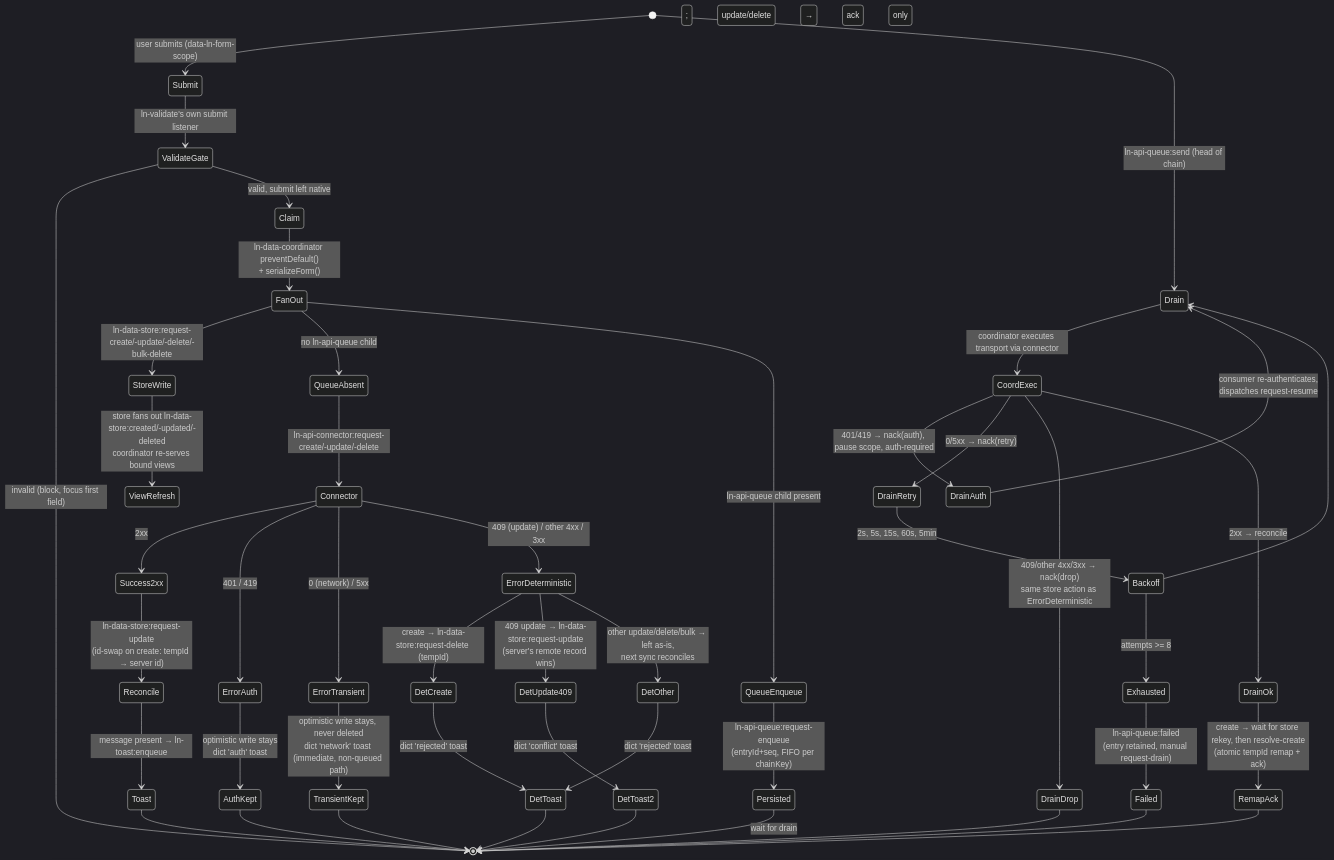
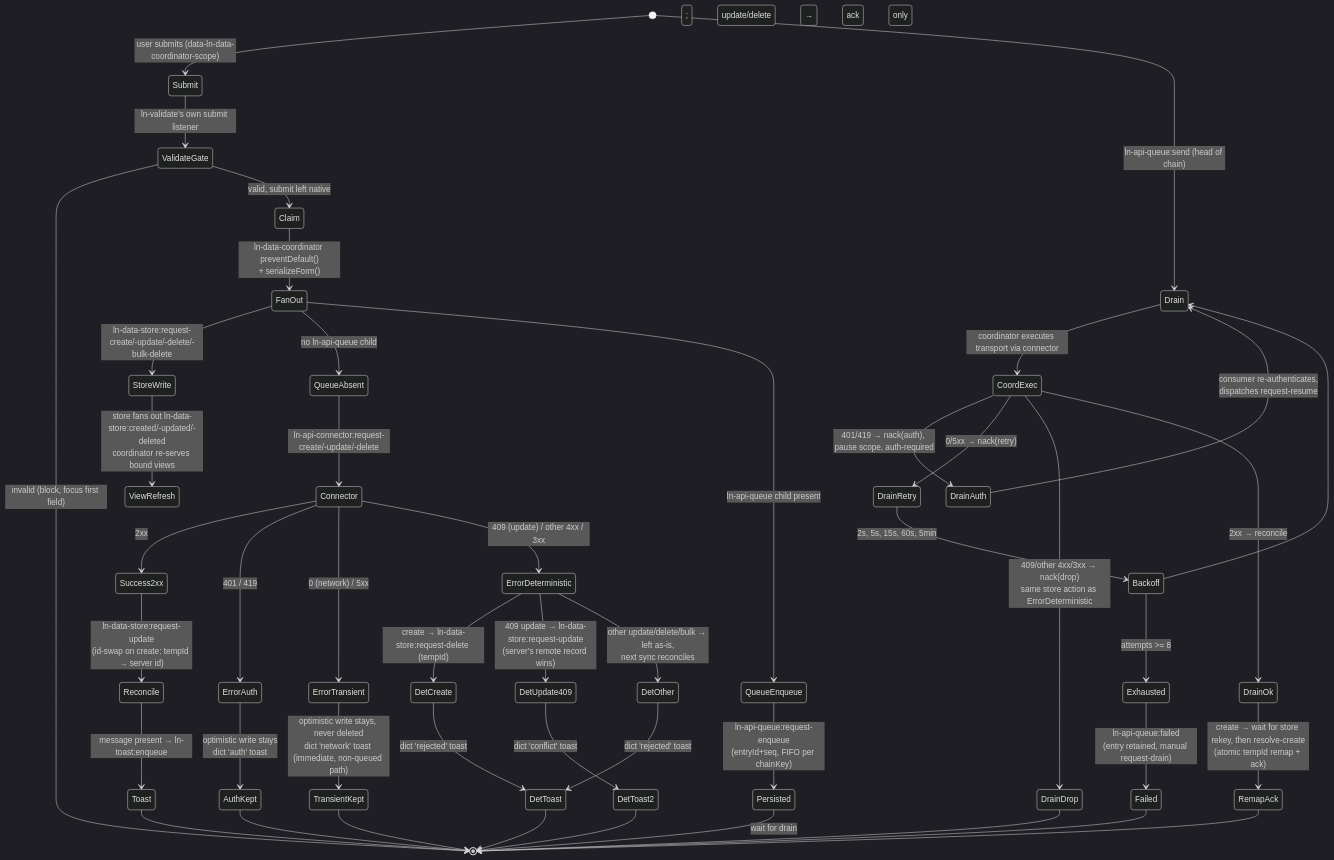
One commit to livenetworks/ln-ashlar changed the diagram in docs/architecture/data-flow.md. Above: the diagram before and after it, drawn with Mermaid (dark theme). The commit also changed other lines of this file and 158 other files, not shown here.

````diff
--- a/docs/architecture/data-flow.md
+++ b/docs/architecture/data-flow.md
@@ -166,61 +166,61 @@
 ```mermaid
 stateDiagram-v2
-    [*] --> Submit: user submits (data-ln-form-scope)
+    [*] --> Submit: user submits (data-ln-data-coordinator-scope)
     Submit --> ValidateGate: ln-validate's own submit listener
     ValidateGate --> [*]: invalid (block, focus first field)
     ValidateGate --> Claim: valid, submit left native
 
     Claim --> FanOut: ln-data-coordinator preventDefault()<br/>+ serializeForm()
     FanOut --> StoreWrite: ln-data-store:request-create/-update/-delete/-bulk-delete
     StoreWrite --> ViewRefresh: store fans out ln-data-store:created/-updated/-deleted<br/>coordinator re-serves bound views
 
     FanOut --> QueueAbsent: no ln-api-queue child
     FanOut --> QueueEnqueue: ln-api-queue child present
 
     QueueAbsent --> Connector: ln-api-connector:request-create/-update/-delete
     Connector --> Success2xx: 2xx
     Connector --> ErrorAuth: 401 / 419
     Connector --> ErrorTransient: 0 (network) / 5xx
     Connector --> ErrorDeterministic: 409 (update) / other 4xx / 3xx
 
     Success2xx --> Reconcile: ln-data-store:request-update<br/>(id-swap on create: tempId → server id)
     Reconcile --> Toast: message present → ln-toast:enqueue
     Toast --> [*]
 
     ErrorAuth --> AuthKept: optimistic write stays<br/>dict 'auth' toast
     AuthKept --> [*]
 
     ErrorTransient --> TransientKept: optimistic write stays, never deleted<br/>dict 'network' toast (immediate, non-queued path)
     TransientKept --> [*]
 
     ErrorDeterministic --> DetCreate: create → ln-data-store:request-delete (tempId)
     ErrorDeterministic --> DetUpdate409: 409 update → ln-data-store:request-update<br/>(server's remote record wins)
     ErrorDeterministic --> DetOther: other update/delete/bulk → left as-is,<br/>next sync reconciles
     DetCreate --> DetToast: dict 'rejected' toast
     DetUpdate409 --> DetToast2: dict 'conflict' toast
     DetOther --> DetToast: dict 'rejected' toast
     DetToast --> [*]
     DetToast2 --> [*]
 
     QueueEnqueue --> Persisted: ln-api-queue:request-enqueue<br/>(entryId+seq, FIFO per chainKey)
     Persisted --> [*]: wait for drain
 
     [*] --> Drain: ln-api-queue:send (head of chain)
     Drain --> CoordExec: coordinator executes transport via connector
     CoordExec --> DrainAuth: 401/419 → nack(auth), pause scope, auth-required
     CoordExec --> DrainRetry: 0/5xx → nack(retry)
     CoordExec --> DrainDrop: 409/other 4xx/3xx → nack(drop)<br/>same store action as ErrorDeterministic
     CoordExec --> DrainOk: 2xx → reconcile
 
     DrainOk --> RemapAck: create → wait for store rekey, then resolve-create<br/>(atomic tempId remap + ack); update/delete → ack only
     RemapAck --> [*]
 
     DrainAuth --> Drain: consumer re-authenticates,<br/>dispatches request-resume
     DrainRetry --> Backoff: 2s, 5s, 15s, 60s, 5min
     Backoff --> Drain
     Backoff --> Exhausted: attempts >= 8
     Exhausted --> Failed: ln-api-queue:failed<br/>(entry retained, manual request-drain)
     Failed --> [*]
 
     DrainDrop --> [*]
 ```
````
